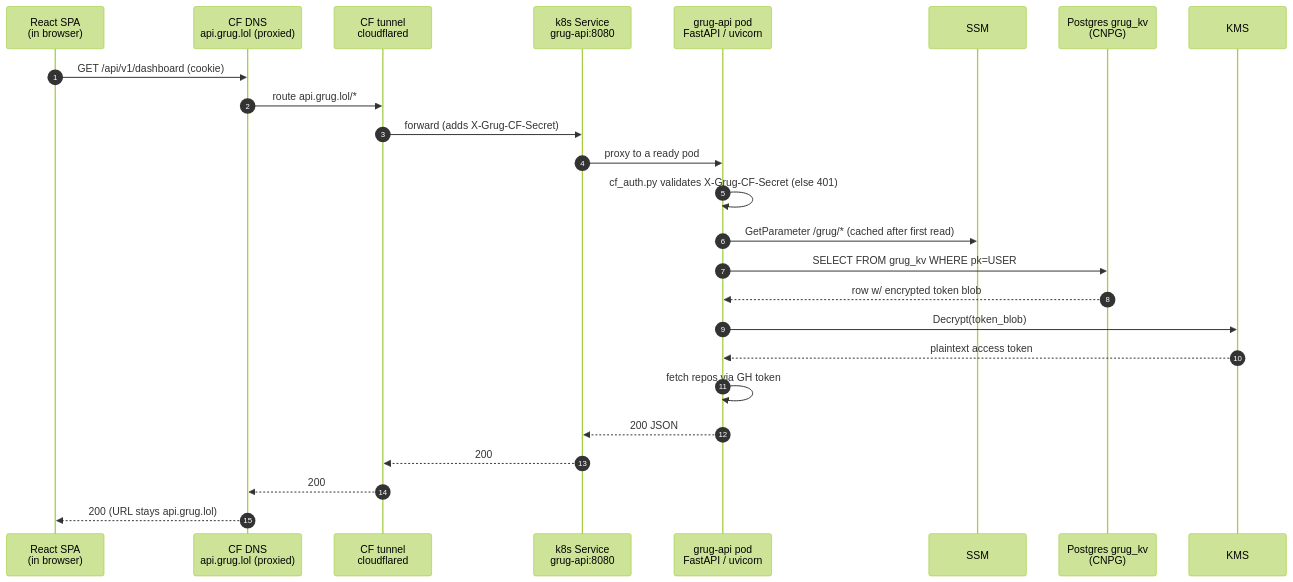
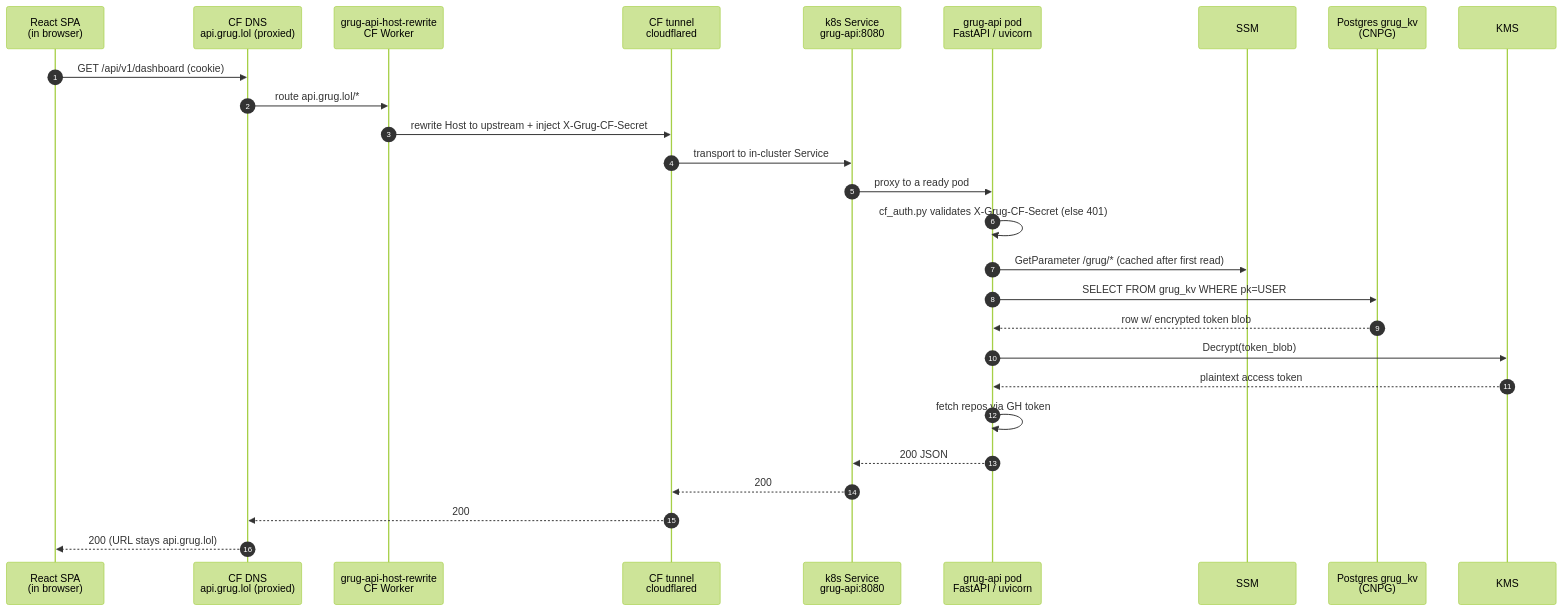
Before and after one commit to quadseven/grug: the second of 6 diagrams in docs/NETWORK-TOPOLOGY.md, drawn with Mermaid (forest theme). The commit also changed other lines of this file and 4 other files, not shown here.

````diff
--- a/docs/NETWORK-TOPOLOGY.md
+++ b/docs/NETWORK-TOPOLOGY.md
@@ -101,28 +101,30 @@
 ```mermaid
 sequenceDiagram
     autonumber
     participant SPA as React SPA<br/>(in browser)
     participant CFDNS as CF DNS<br/>api.grug.lol (proxied)
+    participant Worker as grug-api-host-rewrite<br/>CF Worker
     participant Tunnel as CF tunnel<br/>cloudflared
     participant SVC as k8s Service<br/>grug-api:8080
     participant API as grug-api pod<br/>FastAPI / uvicorn
     participant SSM
     participant PG as Postgres grug_kv<br/>(CNPG)
     participant KMS
 
     SPA->>CFDNS: GET /api/v1/dashboard (cookie)
-    CFDNS->>Tunnel: route api.grug.lol/*
-    Tunnel->>SVC: forward (adds X-Grug-CF-Secret)
+    CFDNS->>Worker: route api.grug.lol/*
+    Worker->>Tunnel: rewrite Host to upstream + inject X-Grug-CF-Secret
+    Tunnel->>SVC: transport to in-cluster Service
     SVC->>API: proxy to a ready pod
     API->>API: cf_auth.py validates X-Grug-CF-Secret (else 401)
     API->>SSM: GetParameter /grug/* (cached after first read)
     API->>PG: SELECT FROM grug_kv WHERE pk=USER#<gh_id>
     PG-->>API: row w/ encrypted token blob
     API->>KMS: Decrypt(token_blob)
     KMS-->>API: plaintext access token
     API->>API: fetch repos via GH token
     API-->>SVC: 200 JSON
     SVC-->>Tunnel: 200
     Tunnel-->>CFDNS: 200
     CFDNS-->>SPA: 200 (URL stays api.grug.lol)
 ```
````
